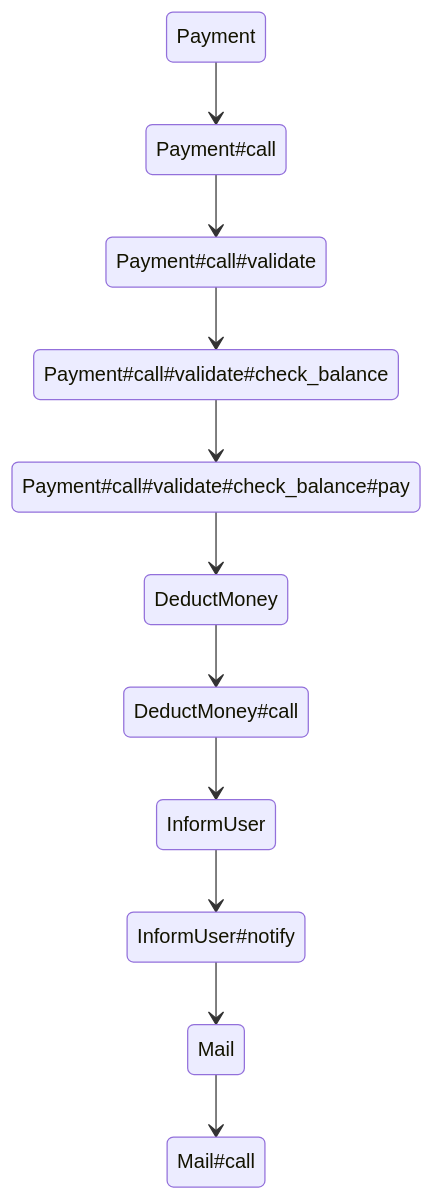
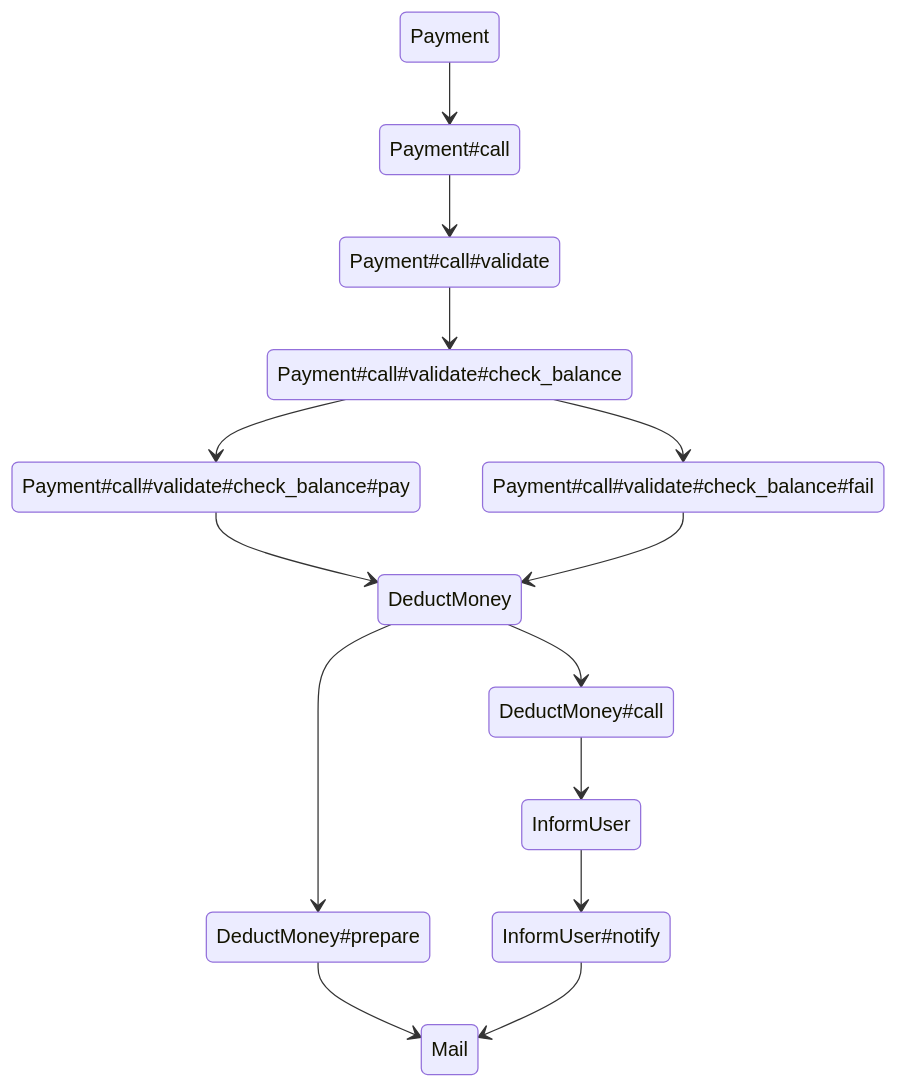
Before and after one commit to gingray/damn-legacy: the diagram in README.md, drawn with Mermaid. The commit also changed other lines of this file and 3 other files, not shown here.

````diff
--- a/README.md
+++ b/README.md
@@ -27,13 +29,16 @@
 ```mermaid
 stateDiagram-v2
+DeductMoney --> DeductMoney#prepare
+DeductMoney --> DeductMoney#call
+DeductMoney#prepare --> Mail
 Payment --> Payment#call
 Payment#call --> Payment#call#validate
 Payment#call#validate --> Payment#call#validate#check_balance
 Payment#call#validate#check_balance --> Payment#call#validate#check_balance#pay
-Payment#call#validate#check_balance#pay --> DeductMoney
-DeductMoney --> DeductMoney#call
-DeductMoney#call --> InformUser
+Payment#call#validate#check_balance --> Payment#call#validate#check_balance#fail
 InformUser --> InformUser#notify
 InformUser#notify --> Mail
-Mail --> Mail#call
+DeductMoney#call --> InformUser
+Payment#call#validate#check_balance#pay --> DeductMoney
+Payment#call#validate#check_balance#fail --> DeductMoney
 ```
````
